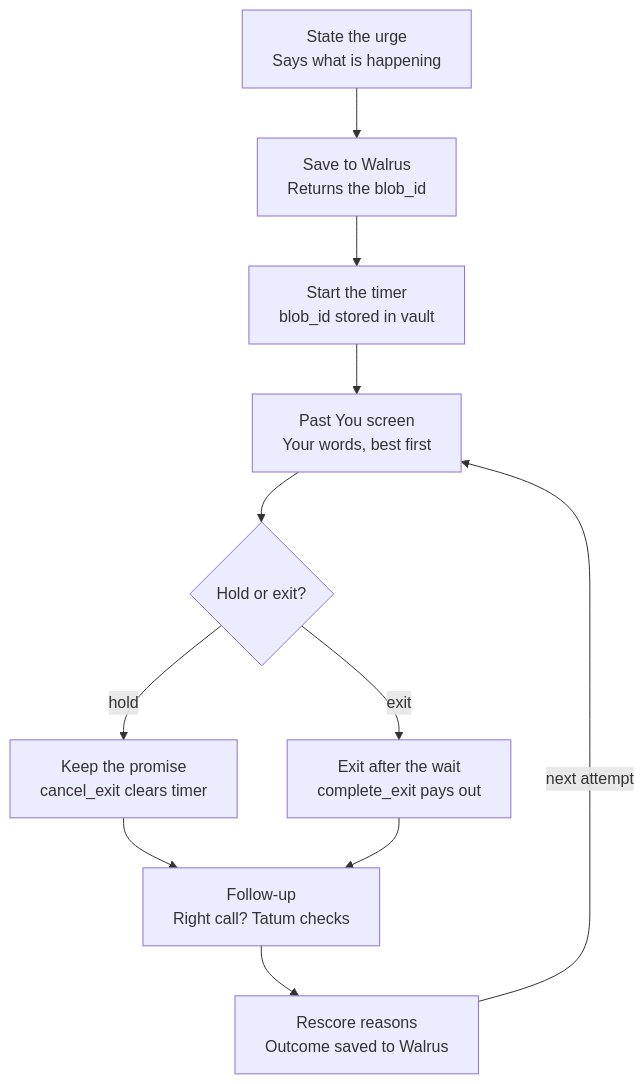
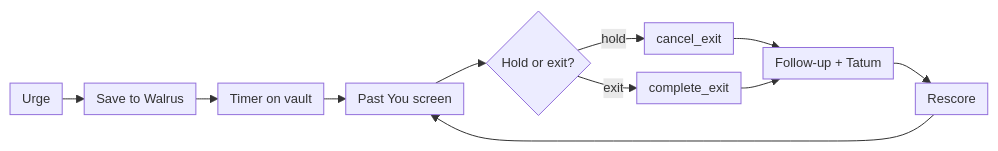
One commit to fozagtx/PastU changed the first of 2 diagrams in README.md. Above: the diagram before and after it, drawn with Mermaid. The commit also changed other lines of this file, not shown here.

First line of the commit message:
README: compact diagrams, logo badges, key and testnet setup guide

````diff
--- a/README.md
+++ b/README.md
@@ -47,13 +53,10 @@
 ```mermaid
-flowchart TD
-    A["State the urge<br/>Says what is happening"] --> B["Save to Walrus<br/>Returns the blob_id"]
-    B --> C["Start the timer<br/>blob_id stored in vault"]
-    C --> D["Past You screen<br/>Your words, best first"]
-    D --> E{"Hold or exit?"}
-    E -->|hold| F["Keep the promise<br/>cancel_exit clears timer"]
-    E -->|exit| G["Exit after the wait<br/>complete_exit pays out"]
-    F --> H["Follow-up<br/>Right call? Tatum checks"]
+%%{init: {'themeVariables': {'fontSize': '13px'}, 'flowchart': {'nodeSpacing': 18, 'rankSpacing': 22, 'padding': 6}}}%%
+flowchart LR
+    A[Urge] --> B[Save to Walrus] --> C[Timer on vault] --> D[Past You screen]
+    D --> E{Hold or exit?}
+    E -->|hold| F[cancel_exit]
+    E -->|exit| G[complete_exit]
+    F --> H[Follow-up + Tatum] --> I[Rescore] --> D
     G --> H
-    H --> I["Rescore reasons<br/>Outcome saved to Walrus"]
-    I -->|next attempt| D
 ```
````
